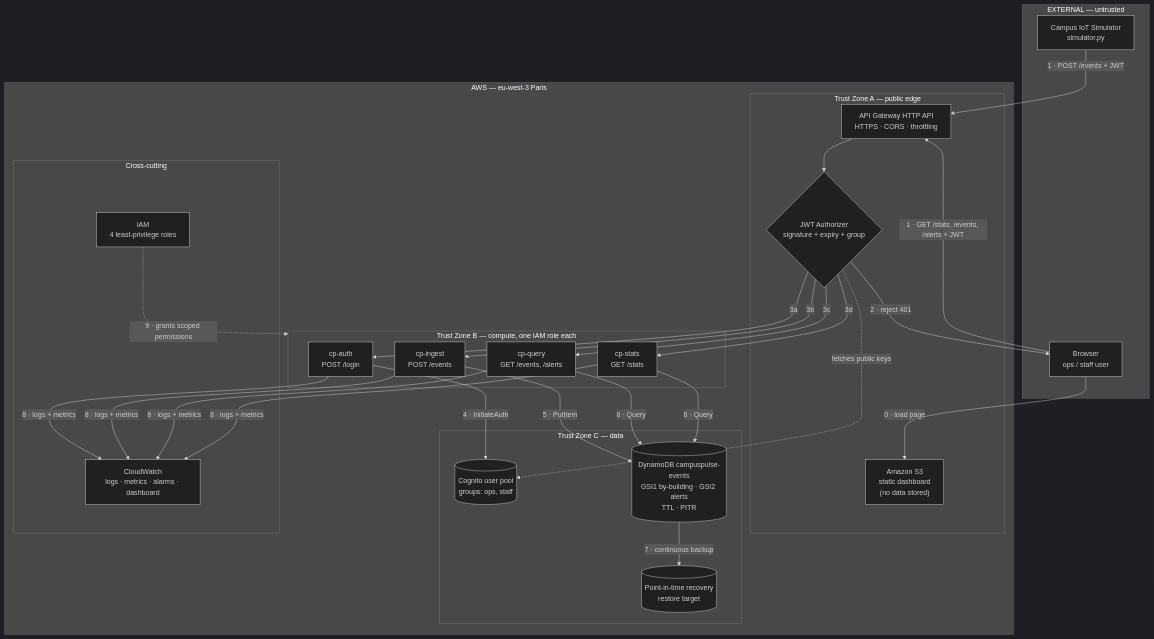
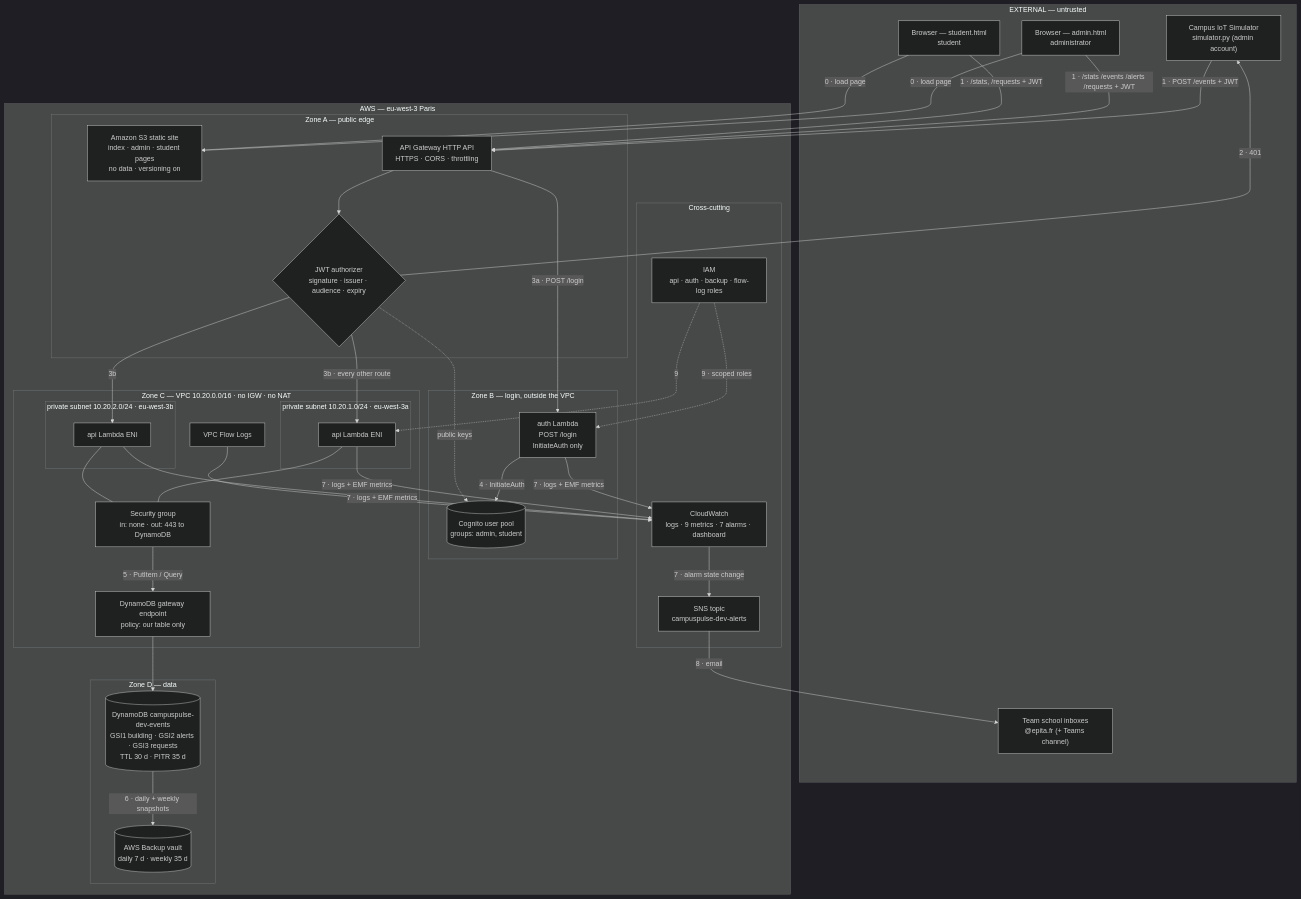
One commit to SomithaG08/campuspulse-2026 changed the diagram in docs/architecture/02-diagram.md. Above: the diagram before and after it, drawn with Mermaid (dark theme). The commit also changed other lines of this file and 133 other files, not shown here.

Commit message:
feat(arch): implement vpc, dynamodb gateway endpoint, and domain-grouped lambdas

````diff
--- a/docs/architecture/02-diagram.md
+++ b/docs/architecture/02-diagram.md
@@ -51,51 +54,68 @@
 ```mermaid
 flowchart TB
     subgraph EXT["EXTERNAL — untrusted"]
-        SIM["Campus IoT Simulator<br/>simulator.py"]
-        BROWSER["Browser<br/>ops / staff user"]
+        SIM["Campus IoT Simulator<br/>simulator.py (admin account)"]
+        ADMINB["Browser — admin.html<br/>administrator"]
+        STUDB["Browser — student.html<br/>student"]
+        INBOX["Team school inboxes<br/>@epita.fr (+ Teams channel)"]
     end
 
     subgraph AWS["AWS — eu-west-3 Paris"]
-        subgraph EDGE["Trust Zone A — public edge"]
-            S3["Amazon S3<br/>static dashboard<br/>(no data stored)"]
+        subgraph EDGE["Zone A — public edge"]
+            S3["Amazon S3 static site<br/>index · admin · student pages<br/>no data · versioning on"]
             APIGW["API Gateway HTTP API<br/>HTTPS · CORS · throttling"]
-            JWT{"JWT Authorizer<br/>signature + expiry + group"}
+            JWT{"JWT authorizer<br/>signature · issuer · audience · expiry"}
         end
 
-        subgraph COMPUTE["Trust Zone B — compute, one IAM role each"]
-            AUTH["cp-auth<br/>POST /login"]
-            INGEST["cp-ingest<br/>POST /events"]
-            QUERY["cp-query<br/>GET /events, /alerts"]
-            STATS["cp-stats<br/>GET /stats"]
+        subgraph LOGIN["Zone B — login, outside the VPC"]
+            AUTH["auth Lambda<br/>POST /login<br/>InitiateAuth only"]
+            COGNITO[("Cognito user pool<br/>groups: admin, student")]
         end
 
-        subgraph DATA["Trust Zone C — data"]
-            COGNITO[("Cognito user pool<br/>groups: ops, staff")]
-            DDB[("DynamoDB campuspulse-events<br/>GSI1 by-building · GSI2 alerts<br/>TTL · PITR")]
-            BACKUP[("Point-in-time recovery<br/>restore target")]
+        subgraph VPC["Zone C — VPC 10.20.0.0/16 · no IGW · no NAT"]
+            subgraph SUBA["private subnet 10.20.1.0/24 · eu-west-3a"]
+                APIA["api Lambda ENI"]
+            end
+            subgraph SUBB["private subnet 10.20.2.0/24 · eu-west-3b"]
+                APIB["api Lambda ENI"]
+            end
+            SG["Security group<br/>in: none · out: 443 to DynamoDB"]
+            GWE["DynamoDB gateway endpoint<br/>policy: our table only"]
+            FLOW["VPC Flow Logs"]
         end
 
-        subgraph OPS["Cross-cutting"]
-            CW["CloudWatch<br/>logs · metrics · alarms · dashboard"]
-            IAM["IAM<br/>4 least-privilege roles"]
+        subgraph DATA["Zone D — data"]
+            DDB[("DynamoDB campuspulse-dev-events<br/>GSI1 building · GSI2 alerts · GSI3 requests<br/>TTL 30 d · PITR 35 d")]
+            VAULT[("AWS Backup vault<br/>daily 7 d · weekly 35 d")]
+        end
+
+        subgraph X["Cross-cutting"]
+            CW["CloudWatch<br/>logs · 9 metrics · 7 alarms · dashboard"]
+            SNS["SNS topic<br/>campuspulse-dev-alerts"]
+            IAM["IAM<br/>api · auth · backup · flow-log roles"]
         end
     end
 
-    BROWSER -->|"0 · load page"| S3
+    ADMINB -->|"0 · load page"| S3
+    STUDB -->|"0 · load page"| S3
     SIM -->|"1 · POST /events + JWT"| APIGW
-    BROWSER -->|"1 · GET /stats, /events, /alerts + JWT"| APIGW
+    ADMINB -->|"1 · /stats /events /alerts /requests + JWT"| APIGW
+    STUDB -->|"1 · /stats, /requests + JWT"| APIGW
     APIGW --> JWT
-    JWT -->|"2 · reject 401"| BROWSER
-    JWT -->|"3a"| AUTH
-    JWT -->|"3b"| INGEST
-    JWT -->|"3c"| QUERY
-    JWT -->|"3d"| STATS
+    JWT -->|"2 · 401"| SIM
+    APIGW -->|"3a · POST /login"| AUTH
+    JWT -->|"3b · every other route"| APIA
+    JWT -->|"3b"| APIB
     AUTH -->|"4 · InitiateAuth"| COGNITO
-    JWT -.->|"fetches public keys"| COGNITO
-    INGEST -->|"5 · PutItem"| DDB
-    QUERY -->|"6 · Query"| DDB
-    STATS -->|"6 · Query"| DDB
-    DDB -->|"7 · continuous backup"| BACKUP
-    AUTH & INGEST & QUERY & STATS -->|"8 · logs + metrics"| CW
-    IAM -.->|"9 · grants scoped permissions"| COMPUTE
+    JWT -.->|"public keys"| COGNITO
+    APIA & APIB --- SG
+    SG -->|"5 · PutItem / Query"| GWE
+    GWE --> DDB
+    DDB -->|"6 · daily + weekly snapshots"| VAULT
+    AUTH & APIA & APIB -->|"7 · logs + EMF metrics"| CW
+    FLOW --> CW
+    CW -->|"7 · alarm state change"| SNS
+    SNS -->|"8 · email"| INBOX
+    IAM -.->|"9 · scoped roles"| AUTH
+    IAM -.->|"9"| APIA
 ```
````
